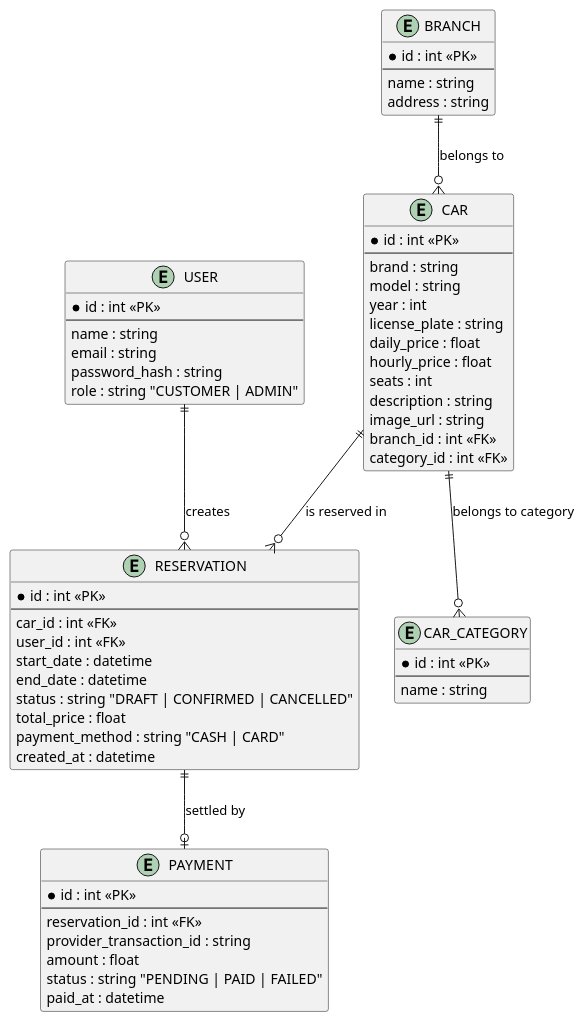
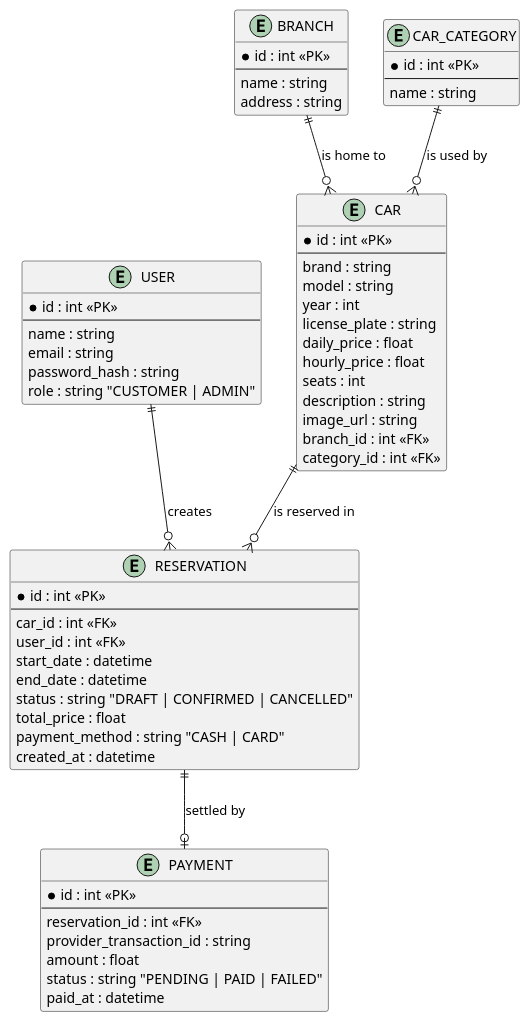
One commit to DavidMagyarics/CarRentalVSB changed the diagram in docs/diagrams/er-target.puml. Above: the diagram before and after it, drawn with PlantUML. The commit also changed 7 other files, not shown here.

```diff
--- a/docs/diagrams/er-target.puml
+++ b/docs/diagrams/er-target.puml
@@ -1,70 +1,70 @@
 @startuml er-target
 skinparam backgroundColor white
 
 entity "USER" as USER {
   * id : int <<PK>>
   --
   name : string
   email : string
   password_hash : string
   role : string "CUSTOMER | ADMIN"
 }
 
 entity "BRANCH" as BRANCH {
   * id : int <<PK>>
   --
   name : string
   address : string
 }
 
 entity "CAR" as CAR {
   * id : int <<PK>>
   --
   brand : string
   model : string
   year : int
   license_plate : string
   daily_price : float
   hourly_price : float
   seats : int
   description : string
   image_url : string
   branch_id : int <<FK>>
   category_id : int <<FK>>
 }
 
 entity "CAR_CATEGORY" as CAR_CATEGORY {
   * id : int <<PK>>
   --
   name : string
 }
 
 entity "RESERVATION" as RESERVATION {
   * id : int <<PK>>
   --
   car_id : int <<FK>>
   user_id : int <<FK>>
   start_date : datetime
   end_date : datetime
   status : string "DRAFT | CONFIRMED | CANCELLED"
   total_price : float
   payment_method : string "CASH | CARD"
   created_at : datetime
 }
 
 entity "PAYMENT" as PAYMENT {
   * id : int <<PK>>
   --
   reservation_id : int <<FK>>
   provider_transaction_id : string
   amount : float
   status : string "PENDING | PAID | FAILED"
   paid_at : datetime
 }
 
 USER ||--o{ RESERVATION : "creates"
 CAR ||--o{ RESERVATION : "is reserved in"
-BRANCH ||--o{ CAR : "belongs to"
-CAR ||--o{ CAR_CATEGORY : "belongs to category"
+BRANCH ||--o{ CAR : "is home to"
+CAR_CATEGORY ||--o{ CAR : "is used by"
 RESERVATION ||--o| PAYMENT : "settled by"
 @enduml
```
